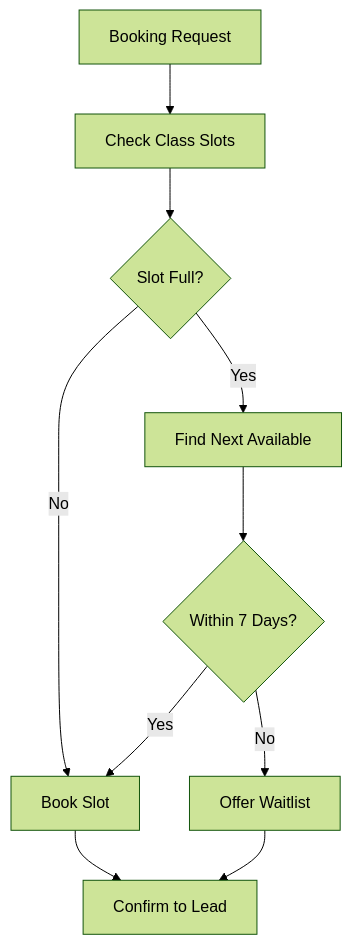
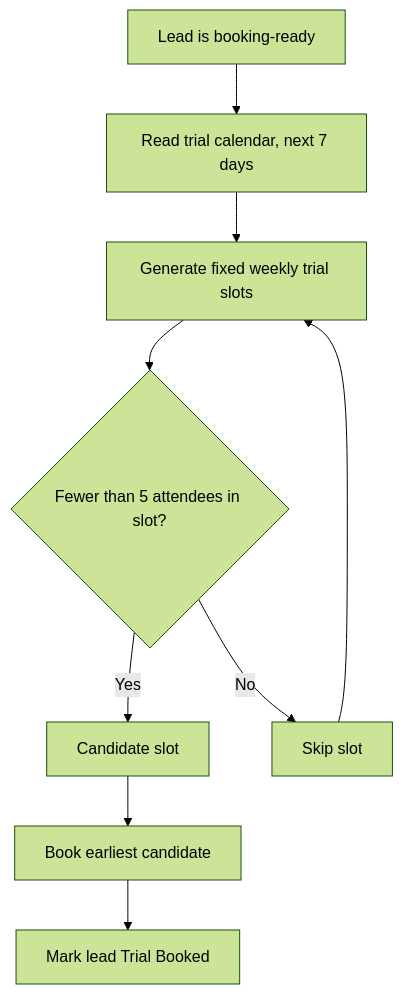
The fourth of 5 diagrams in gym-lead-management/architecture.md (khaledabdelaziz1330-dot/Khaled-AI-Automation-Portfolio), drawn with Mermaid (forest theme) before and after one commit. The commit also changed other lines of this file and 50 other files, not shown here.

````diff
--- a/gym-lead-management/architecture.md
+++ b/gym-lead-management/architecture.md
@@ -105,12 +108,11 @@
 ```mermaid
 flowchart TD
-    A[Booking Request] --> B[Check Class Slots]
-    B --> C{Slot Full?}
-    C -->|Yes| D[Find Next Available]
-    C -->|No| E[Book Slot]
-    D --> F{Within 7 Days?}
-    F -->|Yes| E
-    F -->|No| G[Offer Waitlist]
-    E --> H[Confirm to Lead]
-    G --> H
+    A[Lead is booking-ready] --> B[Read trial calendar, next 7 days]
+    B --> C[Generate fixed weekly trial slots]
+    C --> D{Fewer than 5 attendees in slot?}
+    D -->|Yes| E[Candidate slot]
+    D -->|No| F[Skip slot]
+    E --> G[Book earliest candidate]
+    G --> H[Mark lead Trial Booked]
+    F --> C
 ```
````
